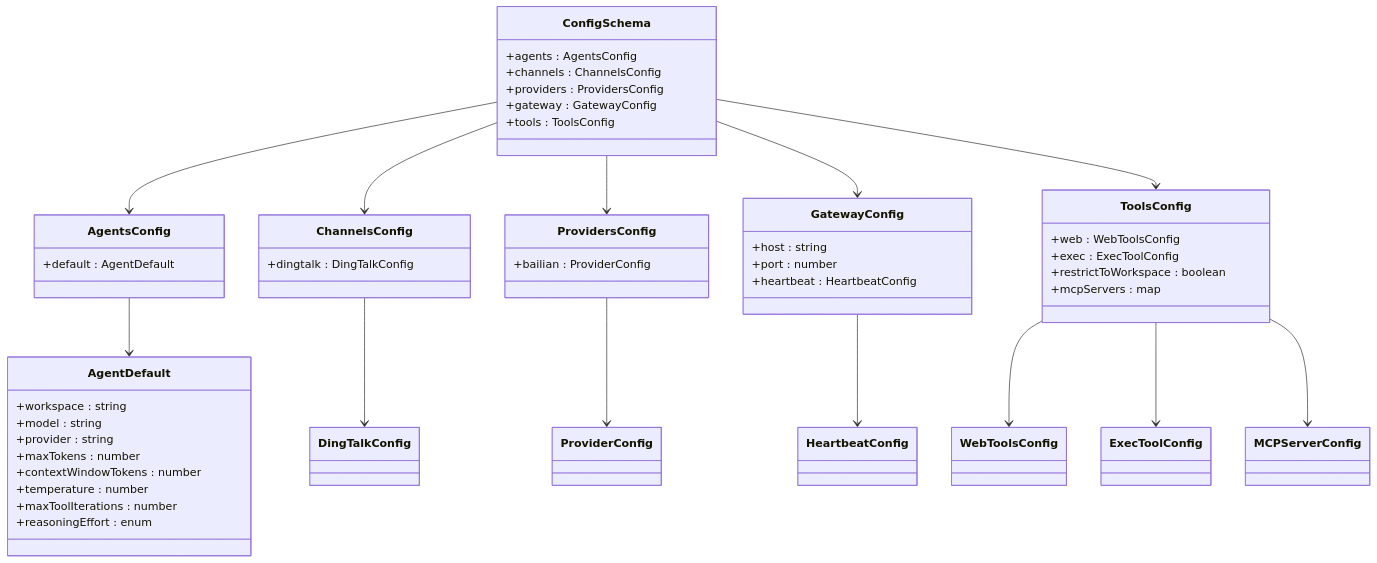
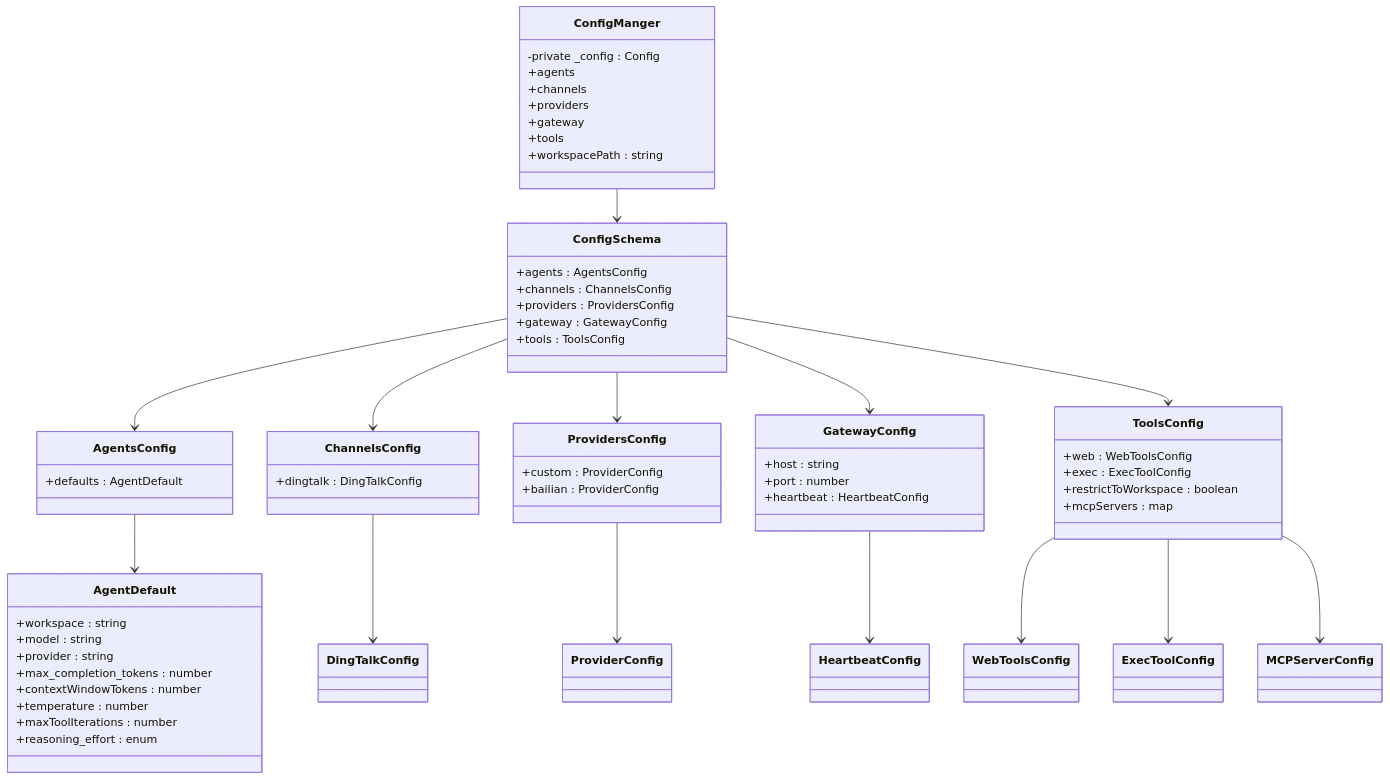
One commit to neciszhang/batbot changed the third of 4 diagrams in .qoder/repowiki/zh/content/配置系统/配置加载器.md. Above: the diagram before and after it, drawn with Mermaid. The commit also changed other lines of this file and 9 other files, not shown here.

````diff
--- a/.qoder/repowiki/zh/content/配置系统/配置加载器.md
+++ b/.qoder/repowiki/zh/content/配置系统/配置加载器.md
@@ -161,52 +177,63 @@
 ```mermaid
 classDiagram
 class ConfigSchema {
 +agents : AgentsConfig
 +channels : ChannelsConfig
 +providers : ProvidersConfig
 +gateway : GatewayConfig
 +tools : ToolsConfig
 }
 class AgentsConfig {
-+default : AgentDefault
++defaults : AgentDefault
 }
 class AgentDefault {
 +workspace : string
 +model : string
 +provider : string
-+maxTokens : number
++max_completion_tokens : number
 +contextWindowTokens : number
 +temperature : number
 +maxToolIterations : number
-+reasoningEffort : enum
++reasoning_effort : enum
 }
 class ChannelsConfig {
 +dingtalk : DingTalkConfig
 }
 class ProvidersConfig {
++custom : ProviderConfig
 +bailian : ProviderConfig
 }
 class GatewayConfig {
 +host : string
 +port : number
 +heartbeat : HeartbeatConfig
 }
 class ToolsConfig {
 +web : WebToolsConfig
 +exec : ExecToolConfig
 +restrictToWorkspace : boolean
 +mcpServers : map<string, MCPServerConfig>
 }
+class ConfigManger {
+-private _config : Config
++agents
++channels
++providers
++gateway
++tools
++workspacePath : string
+}
 ConfigSchema --> AgentsConfig
 ConfigSchema --> ChannelsConfig
 ConfigSchema --> ProvidersConfig
 ConfigSchema --> GatewayConfig
 ConfigSchema --> ToolsConfig
 AgentsConfig --> AgentDefault
 ChannelsConfig --> DingTalkConfig
 ProvidersConfig --> ProviderConfig
 GatewayConfig --> HeartbeatConfig
 ToolsConfig --> WebToolsConfig
 ToolsConfig --> ExecToolConfig
 ToolsConfig --> MCPServerConfig
+ConfigManger --> ConfigSchema
 ```
````
